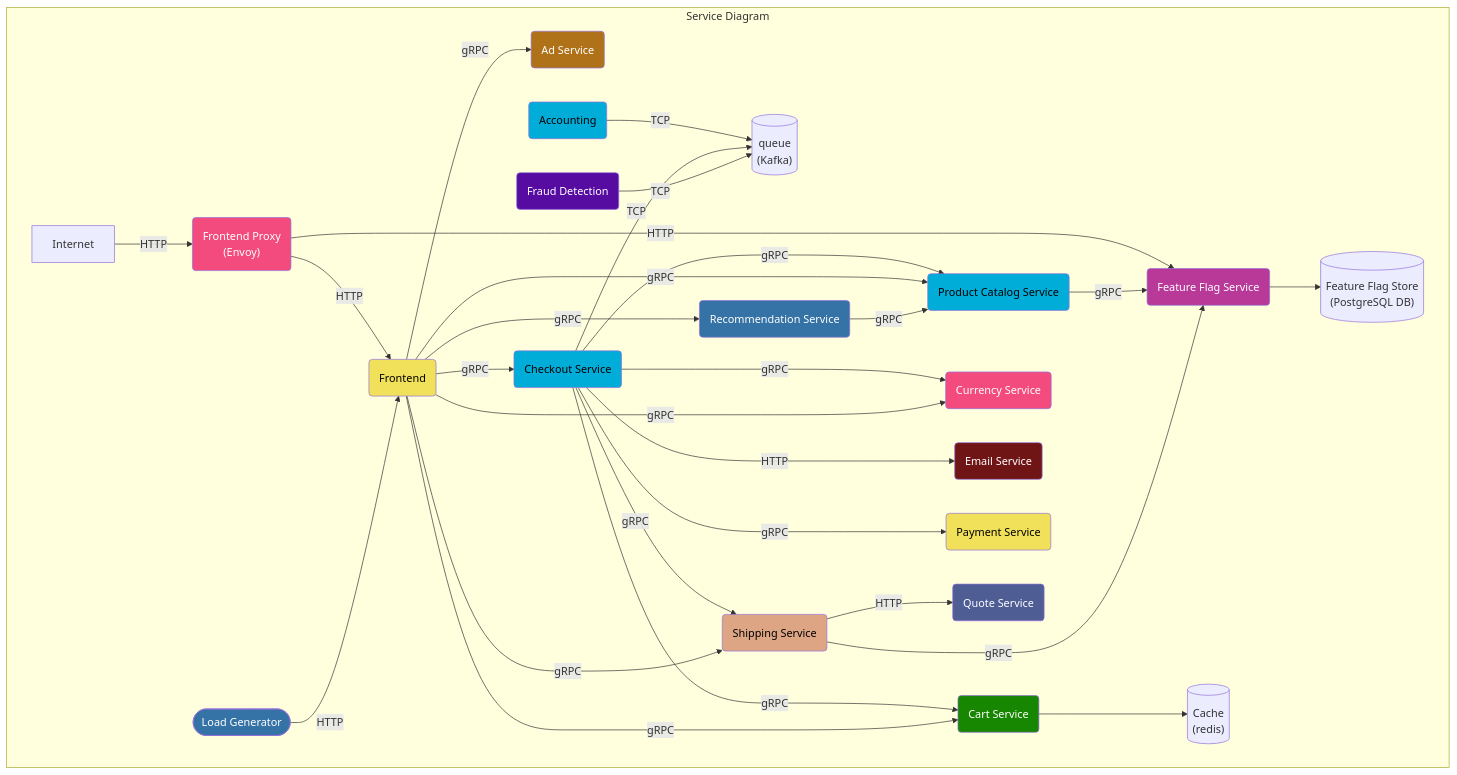
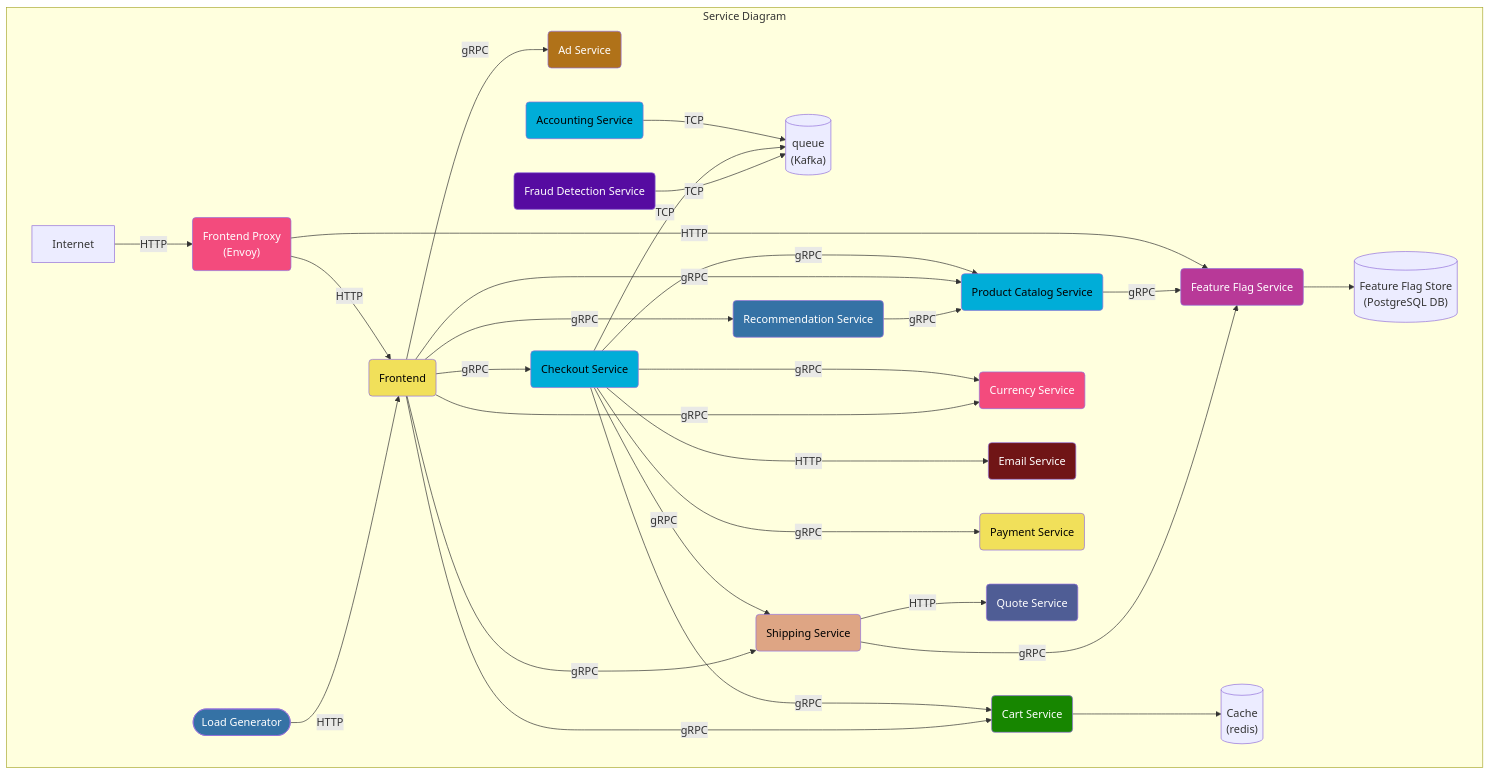
One commit to open-telemetry/opentelemetry-demo changed the first of 3 diagrams in docs/current_architecture.md. Above: the diagram before and after it, drawn with Mermaid.

Commit message:
docs(architecture_graph): rename accounting to accountingservice

````diff
--- a/docs/current_architecture.md
+++ b/docs/current_architecture.md
@@ -7,68 +7,68 @@
 ```mermaid
 graph TD
 subgraph Service Diagram
 adservice(Ad Service):::java
-accounting(Accounting):::golang
+accountingservice(Accounting Service):::golang
 cache[(Cache<br/>&#40redis&#41)]
 cartservice(Cart Service):::dotnet
 checkoutservice(Checkout Service):::golang
 currencyservice(Currency Service):::cpp
 emailservice(Email Service):::ruby
-frauddetectionservice(Fraud Detection):::kotlin
+frauddetectionservice(Fraud Detection Service):::kotlin
 frontend(Frontend):::javascript
 frontendproxy(Frontend Proxy <br/>&#40Envoy&#41):::cpp
 loadgenerator([Load Generator]):::python
 paymentservice(Payment Service):::javascript
 productcatalogservice(Product Catalog Service):::golang
 quoteservice(Quote Service):::php
 recommendationservice(Recommendation Service):::python
 shippingservice(Shipping Service):::rust
 featureflagservice(Feature Flag Service):::erlang
 featureflagstore[(Feature Flag Store<br/>&#40PostgreSQL DB&#41)]
 queue[(queue<br/>&#40Kafka&#41)]
 
 Internet -->|HTTP| frontendproxy
 frontendproxy -->|HTTP| frontend
 frontendproxy -->|HTTP| featureflagservice
 loadgenerator -->|HTTP| frontend
 
-accounting -->|TCP| queue
+accountingservice -->|TCP| queue
 
 checkoutservice --->|gRPC| cartservice --> cache
 checkoutservice --->|gRPC| productcatalogservice
 checkoutservice --->|gRPC| currencyservice
 checkoutservice --->|HTTP| emailservice
 checkoutservice --->|gRPC| paymentservice
 checkoutservice -->|gRPC| shippingservice
 checkoutservice -->|TCP| queue
 
 frontend -->|gRPC| adservice
 frontend -->|gRPC| cartservice
 frontend -->|gRPC| productcatalogservice
 frontend -->|gRPC| checkoutservice
 frontend -->|gRPC| currencyservice
 frontend -->|gRPC| recommendationservice -->|gRPC| productcatalogservice
 frontend -->|gRPC| shippingservice -->|HTTP| quoteservice
 
 frauddetectionservice -->|TCP| queue
 
 productcatalogservice -->|gRPC| featureflagservice
 
 shippingservice -->|gRPC| featureflagservice
 
 featureflagservice --> featureflagstore
 
 end
 
 classDef java fill:#b07219,color:white;
 classDef kotlin fill:#560ba1,color:white;
 classDef dotnet fill:#178600,color:white;
 classDef golang fill:#00add8,color:black;
 classDef cpp fill:#f34b7d,color:white;
 classDef ruby fill:#701516,color:white;
 classDef python fill:#3572A5,color:white;
 classDef javascript fill:#f1e05a,color:black;
 classDef rust fill:#dea584,color:black;
 classDef erlang fill:#b83998,color:white;
 classDef php fill:#4f5d95,color:white;
 ```
````
